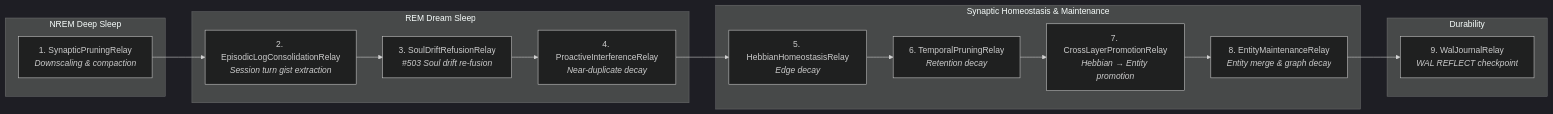
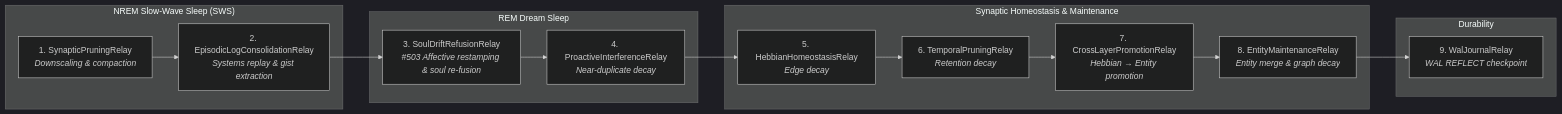
Before and after one commit to spectrayan/spector: the fifth of 5 diagrams in docs/docs/memory/hippocampus.md, drawn with Mermaid (dark theme). The commit also changed other lines of this file and 71 other files, not shown here.

````diff
--- a/docs/docs/memory/hippocampus.md
+++ b/docs/docs/memory/hippocampus.md
@@ -130,22 +130,22 @@
 ```mermaid
 graph LR
-    subgraph "NREM Deep Sleep"
+    subgraph "NREM Slow-Wave Sleep (SWS)"
         R1["1. SynapticPruningRelay<br/><i>Downscaling & compaction</i>"]
+        R2["2. EpisodicLogConsolidationRelay<br/><i>Systems replay & gist extraction</i>"]
     end
     subgraph "REM Dream Sleep"
-        R2["2. EpisodicLogConsolidationRelay<br/><i>Session turn gist extraction</i>"]
-        R3["3. SoulDriftRefusionRelay<br/><i>#503 Soul drift re-fusion</i>"]
+        R3["3. SoulDriftRefusionRelay<br/><i>#503 Affective restamping & soul re-fusion</i>"]
         R4["4. ProactiveInterferenceRelay<br/><i>Near-duplicate decay</i>"]
     end
     subgraph "Synaptic Homeostasis & Maintenance"
         R5["5. HebbianHomeostasisRelay<br/><i>Edge decay</i>"]
         R6["6. TemporalPruningRelay<br/><i>Retention decay</i>"]
         R7["7. CrossLayerPromotionRelay<br/><i>Hebbian → Entity promotion</i>"]
         R8["8. EntityMaintenanceRelay<br/><i>Entity merge & graph decay</i>"]
     end
     subgraph "Durability"
         R9["9. WalJournalRelay<br/><i>WAL REFLECT checkpoint</i>"]
     end
 
     R1 --> R2 --> R3 --> R4 --> R5 --> R6 --> R7 --> R8 --> R9
 ```
````
